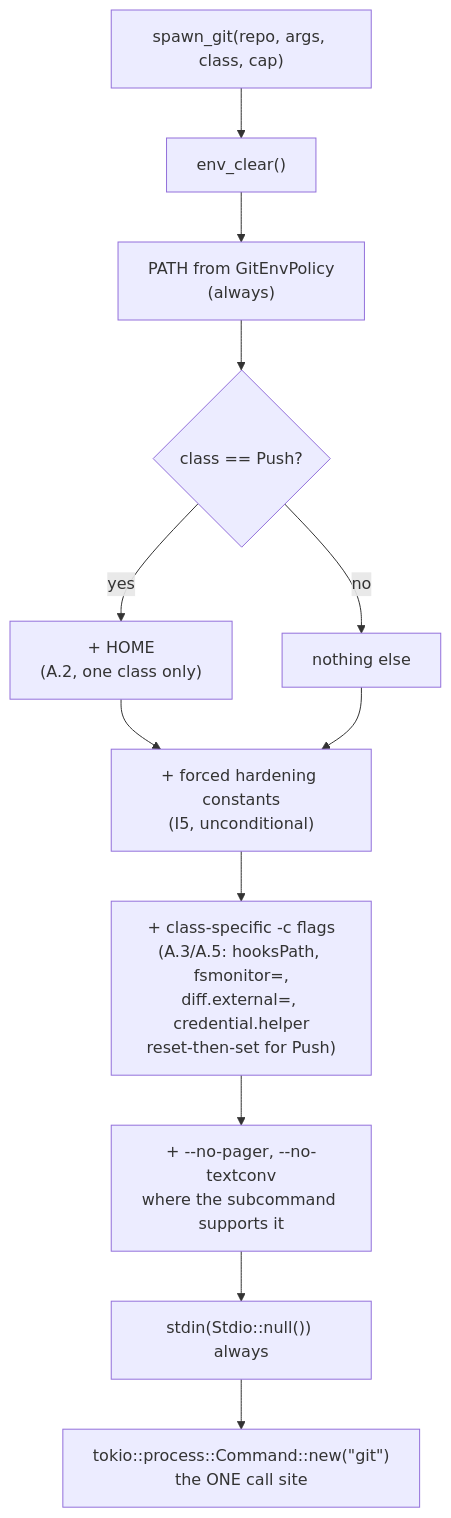
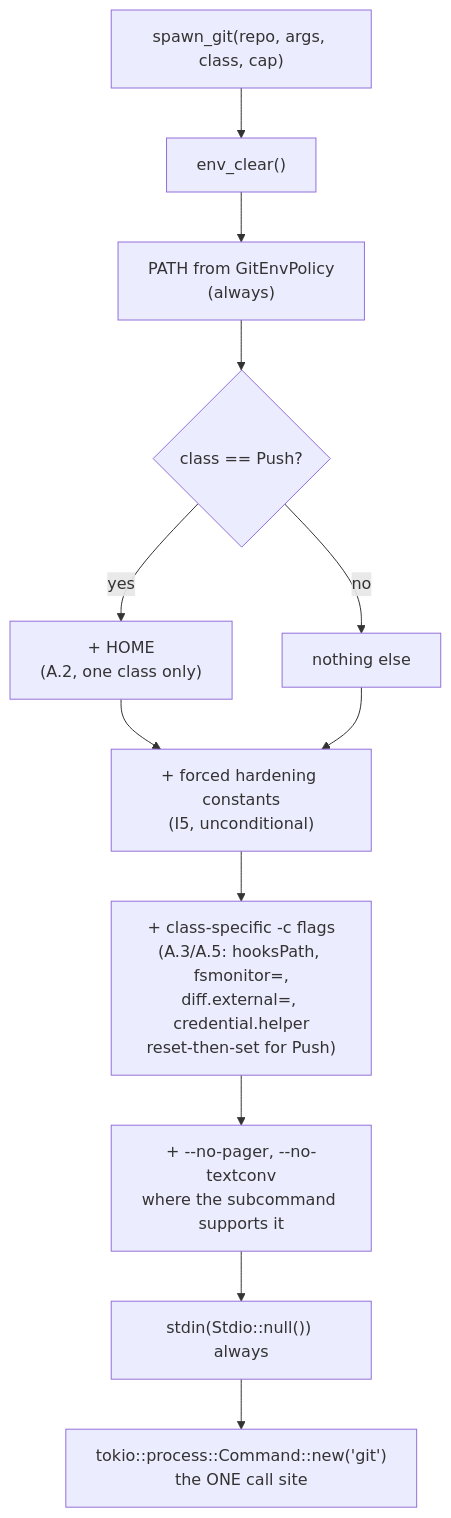
One commit to tom2025b/git-vista changed the second of 6 diagrams in docs/superpowers/specs/2026-07-27-m1.13-git-process-policy-design.md. Above: the diagram before and after it, drawn with Mermaid. The commit also changed other lines of this file, not shown here.

Commit message:
wip(#66): auto-checkpoint 93

````diff
--- a/docs/superpowers/specs/2026-07-27-m1.13-git-process-policy-design.md
+++ b/docs/superpowers/specs/2026-07-27-m1.13-git-process-policy-design.md
@@ -183,14 +183,14 @@
 ```mermaid
 flowchart TD
     A["spawn_git(repo, args, class, cap)"] --> B["env_clear()"]
     B --> C["PATH from GitEnvPolicy<br/>(always)"]
     C --> D{"class == Push?"}
     D -- yes --> E["+ HOME<br/>(A.2, one class only)"]
     D -- no --> F["nothing else"]
     E --> G["+ forced hardening constants<br/>(I5, unconditional)"]
     F --> G
     G --> H["+ class-specific -c flags<br/>(A.3/A.5: hooksPath, fsmonitor=,<br/>diff.external=, credential.helper<br/>reset-then-set for Push)"]
     H --> I["+ --no-pager, --no-textconv<br/>where the subcommand supports it"]
     I --> J["stdin(Stdio::null()) always"]
-    J --> K["tokio::process::Command::new(&quot;git&quot;)<br/>the ONE call site"]
+    J --> K["tokio::process::Command::new('git')<br/>the ONE call site"]
 ```
````
